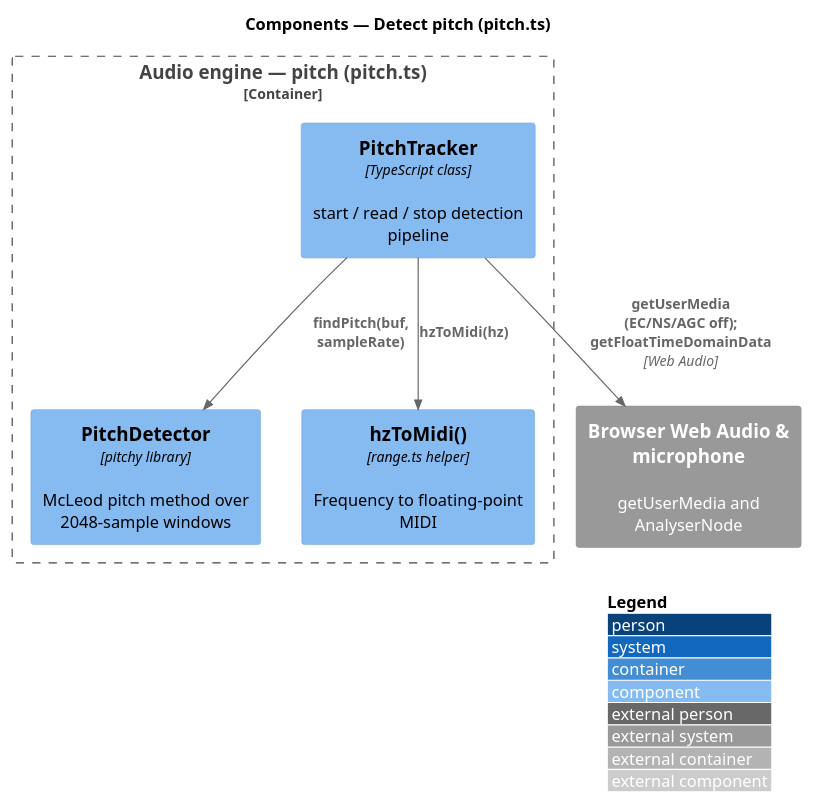
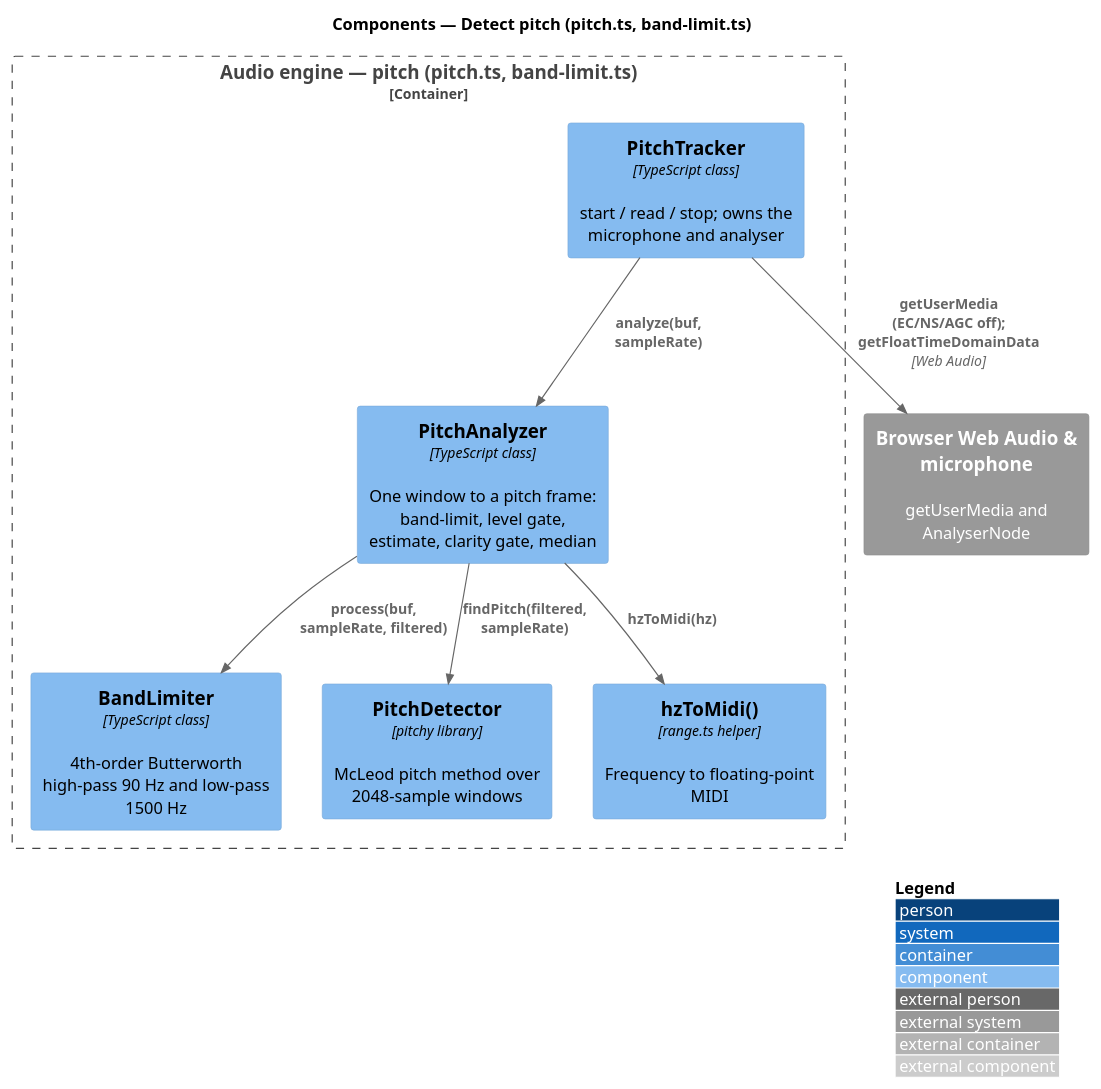
One commit to QuinntyneBrown/TwinkleTune changed the diagram in docs/detailed-designs/audio-engine/detect-pitch/diagrams/c4-component.puml. Above: the diagram before and after it, drawn with PlantUML. The commit also changed 9 other files, not shown here.

First line of the commit message:
Specify band-limited pitch detection (AE-L2-19, AE-L2-20)

```diff
--- a/docs/detailed-designs/audio-engine/detect-pitch/diagrams/c4-component.puml
+++ b/docs/detailed-designs/audio-engine/detect-pitch/diagrams/c4-component.puml
@@ -1,16 +1,20 @@
 @startuml
 !include <C4/C4_Component>
 LAYOUT_WITH_LEGEND()
-title Components — Detect pitch (pitch.ts)
+title Components — Detect pitch (pitch.ts, band-limit.ts)
 
-Container_Boundary(engine, "Audio engine — pitch (pitch.ts)") {
-  Component(tracker, "PitchTracker", "TypeScript class", "start / read / stop detection pipeline")
+Container_Boundary(engine, "Audio engine — pitch (pitch.ts, band-limit.ts)") {
+  Component(tracker, "PitchTracker", "TypeScript class", "start / read / stop; owns the microphone and analyser")
+  Component(analyzer, "PitchAnalyzer", "TypeScript class", "One window to a pitch frame: band-limit, level gate, estimate, clarity gate, median")
+  Component(band, "BandLimiter", "TypeScript class", "4th-order Butterworth high-pass 90 Hz and low-pass 1500 Hz")
   Component(detector, "PitchDetector", "pitchy library", "McLeod pitch method over 2048-sample windows")
   Component(range, "hzToMidi()", "range.ts helper", "Frequency to floating-point MIDI")
 }
 System_Ext(browser, "Browser Web Audio & microphone", "getUserMedia and AnalyserNode")
 
 Rel(tracker, browser, "getUserMedia (EC/NS/AGC off); getFloatTimeDomainData", "Web Audio")
-Rel(tracker, detector, "findPitch(buf, sampleRate)")
-Rel(tracker, range, "hzToMidi(hz)")
+Rel(tracker, analyzer, "analyze(buf, sampleRate)")
+Rel(analyzer, band, "process(buf, sampleRate, filtered)")
+Rel(analyzer, detector, "findPitch(filtered, sampleRate)")
+Rel(analyzer, range, "hzToMidi(hz)")
 @enduml
```
